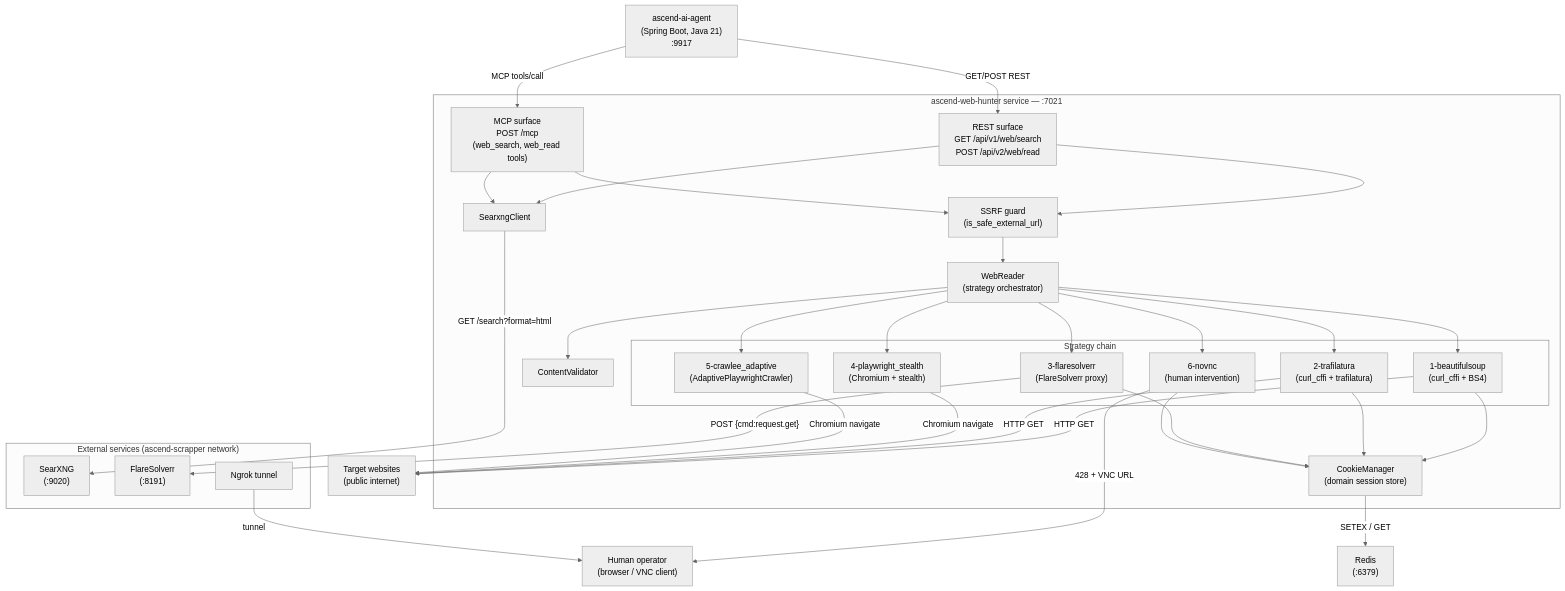
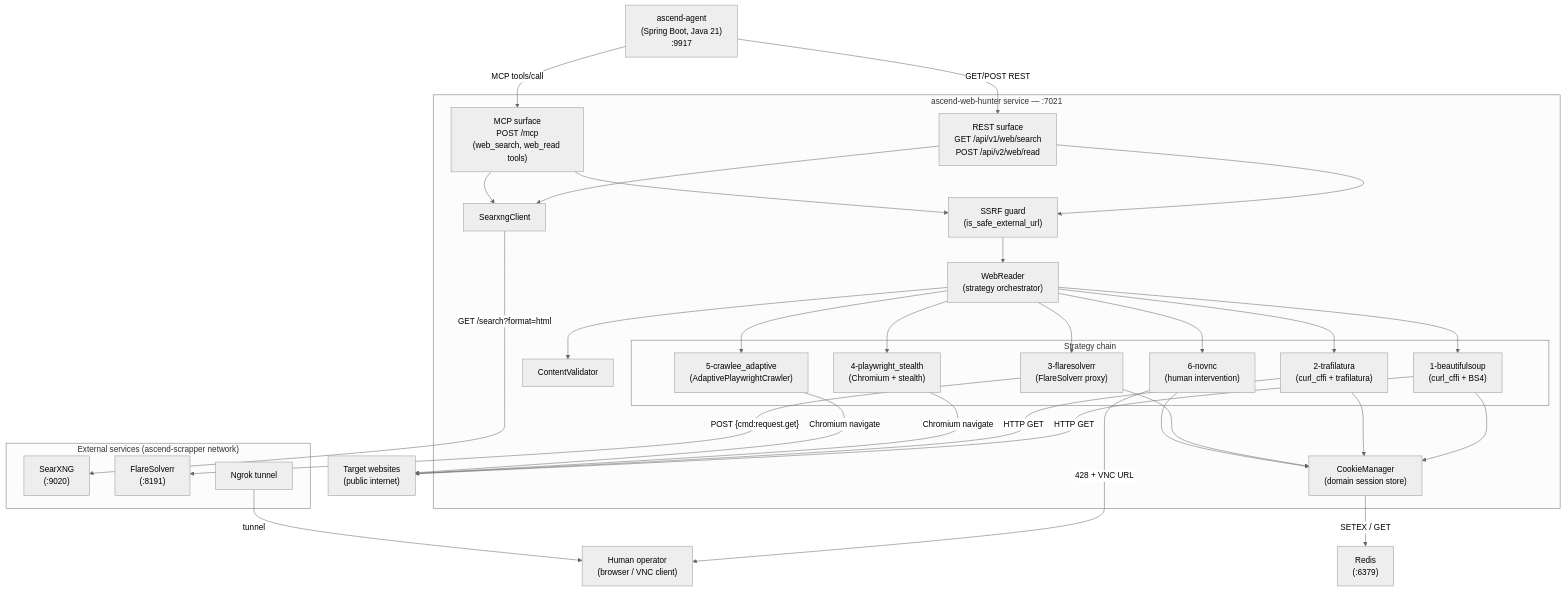
The first of 2 diagrams in apps/ascend-web-hunter/docs/architecture/diagrams/container-diagram.md (Lukk17/AscendAI), drawn with Mermaid (neutral theme) before and after one commit. The commit also changed other lines of this file and 591 other files, not shown here.

````diff
--- a/apps/ascend-web-hunter/docs/architecture/diagrams/container-diagram.md
+++ b/apps/ascend-web-hunter/docs/architecture/diagrams/container-diagram.md
@@ -7,63 +7,63 @@
 ```mermaid
 graph TB
     accTitle: ascend-web-hunter C4 Container Diagram
     accDescr: Shows ascend-web-hunter's position in the AscendAI platform, its callers, and its downstream service dependencies.
 
-    Agent["ascend-ai-agent<br/>(Spring Boot, Java 21)<br/>:9917"]
+    Agent["ascend-agent<br/>(Spring Boot, Java 21)<br/>:9917"]
     Human["Human operator<br/>(browser / VNC client)"]
 
     subgraph "ascend-web-hunter service — :7021"
         REST["REST surface<br/>GET /api/v1/web/search<br/>POST /api/v2/web/read"]
         MCP["MCP surface<br/>POST /mcp<br/>(web_search, web_read tools)"]
         WR["WebReader<br/>(strategy orchestrator)"]
         Guard["SSRF guard<br/>(is_safe_external_url)"]
         Validator["ContentValidator"]
         subgraph "Strategy chain"
             S1["1-beautifulsoup<br/>(curl_cffi + BS4)"]
             S2["2-trafilatura<br/>(curl_cffi + trafilatura)"]
             S3["3-flaresolverr<br/>(FlareSolverr proxy)"]
             S4["4-playwright_stealth<br/>(Chromium + stealth)"]
             S5["5-crawlee_adaptive<br/>(AdaptivePlaywrightCrawler)"]
             S6["6-novnc<br/>(human intervention)"]
         end
         CookieMgr["CookieManager<br/>(domain session store)"]
         SearxClient["SearxngClient"]
     end
 
     subgraph "External services (ascend-scrapper network)"
         SearXNG["SearXNG<br/>(:9020)"]
         FlareSolverr["FlareSolverr<br/>(:8191)"]
         Ngrok["Ngrok tunnel"]
     end
 
     Redis["Redis<br/>(:6379)"]
     TargetSite["Target websites<br/>(public internet)"]
 
     Agent -->|"MCP tools/call"| MCP
     Agent -->|"GET/POST REST"| REST
     REST --> Guard
     MCP --> Guard
     Guard --> WR
     WR --> S1
     WR --> S2
     WR --> S3
     WR --> S4
     WR --> S5
     WR --> S6
     WR --> Validator
     REST --> SearxClient
     MCP --> SearxClient
     SearxClient -->|"GET /search?format=html"| SearXNG
     S3 -->|"POST {cmd:request.get}"| FlareSolverr
     S1 -->|"HTTP GET"| TargetSite
     S2 -->|"HTTP GET"| TargetSite
     S4 -->|"Chromium navigate"| TargetSite
     S5 -->|"Chromium navigate"| TargetSite
     S1 --> CookieMgr
     S2 --> CookieMgr
     S3 --> CookieMgr
     S6 --> CookieMgr
     CookieMgr -->|"SETEX / GET"| Redis
     S6 -->|"428 + VNC URL"| Human
     Ngrok -->|"tunnel"| Human
 ```
````
